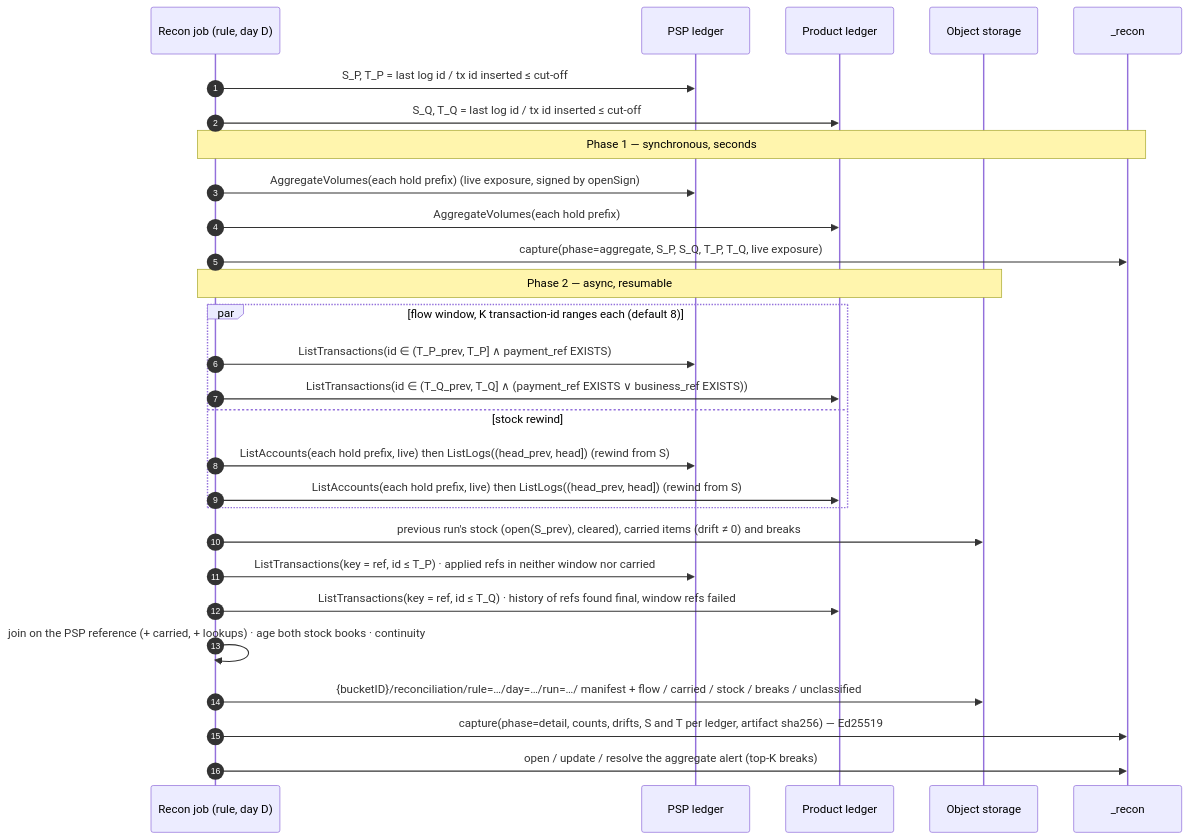
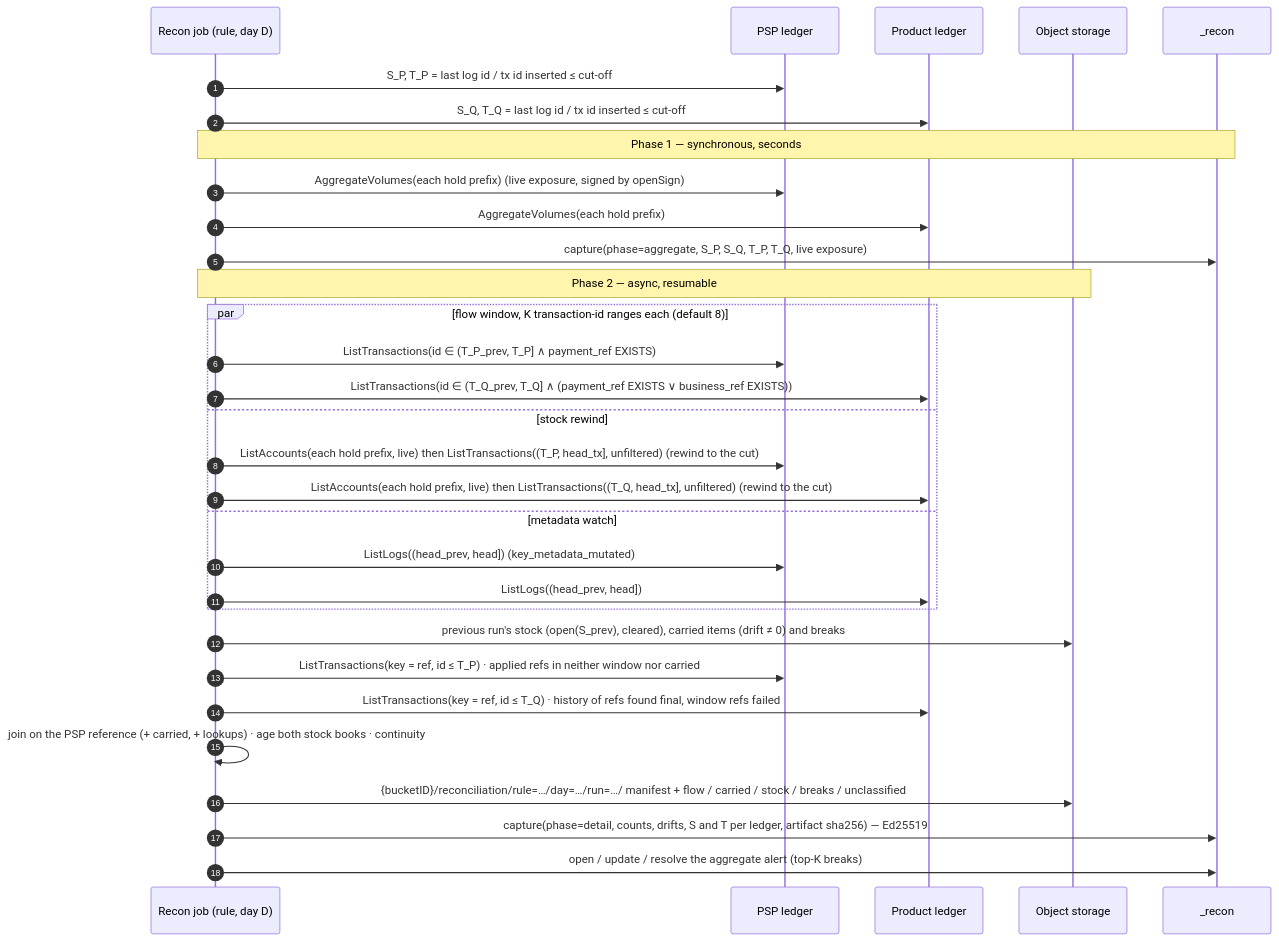
Before and after one commit to formancehq/reconciliation: the second of 2 diagrams in docs/technical/transaction-level-reconciliation.md, drawn with Mermaid. The commit also changed other lines of this file, not shown here.

First line of the commit message:
docs(recon): align the design doc on the transaction-source rewind and the payment-account rules (EN-2319)

````diff
--- a/docs/technical/transaction-level-reconciliation.md
+++ b/docs/technical/transaction-level-reconciliation.md
@@ -247,31 +252,34 @@
 ```mermaid
 sequenceDiagram
     autonumber
     participant J as Recon job (rule, day D)
     participant P as PSP ledger
     participant Q as Product ledger
     participant O as Object storage
     participant C as _recon
 
     J->>P: S_P, T_P = last log id / tx id inserted ≤ cut-off
     J->>Q: S_Q, T_Q = last log id / tx id inserted ≤ cut-off
     Note over J,C: Phase 1 — synchronous, seconds
     J->>P: AggregateVolumes(each hold prefix)  (live exposure, signed by openSign)
     J->>Q: AggregateVolumes(each hold prefix)
     J->>C: capture(phase=aggregate, S_P, S_Q, T_P, T_Q, live exposure)
     Note over J,O: Phase 2 — async, resumable
     par flow window, K transaction-id ranges each (default 8)
         J->>P: ListTransactions(id ∈ (T_P_prev, T_P] ∧ payment_ref EXISTS)
         J->>Q: ListTransactions(id ∈ (T_Q_prev, T_Q] ∧ (payment_ref EXISTS ∨ business_ref EXISTS))
     and stock rewind
-        J->>P: ListAccounts(each hold prefix, live) then ListLogs((head_prev, head]) (rewind from S)
-        J->>Q: ListAccounts(each hold prefix, live) then ListLogs((head_prev, head]) (rewind from S)
+        J->>P: ListAccounts(each hold prefix, live) then ListTransactions((T_P, head_tx], unfiltered) (rewind to the cut)
+        J->>Q: ListAccounts(each hold prefix, live) then ListTransactions((T_Q, head_tx], unfiltered) (rewind to the cut)
+    and metadata watch
+        J->>P: ListLogs((head_prev, head])  (key_metadata_mutated)
+        J->>Q: ListLogs((head_prev, head])
     end
     J->>O: previous run's stock (open(S_prev), cleared), carried items (drift ≠ 0) and breaks
     J->>P: ListTransactions(key = ref, id ≤ T_P) · applied refs in neither window nor carried
     J->>Q: ListTransactions(key = ref, id ≤ T_Q) · history of refs found final, window refs failed
     J->>J: join on the PSP reference (+ carried, + lookups) · age both stock books · continuity
     J->>O: {bucketID}/reconciliation/rule=…/day=…/run=…/ manifest + flow / carried / stock / breaks / unclassified
     J->>C: capture(phase=detail, counts, drifts, S and T per ledger, artifact sha256) — Ed25519
     J->>C: open / update / resolve the aggregate alert (top-K breaks)
 ```
````
